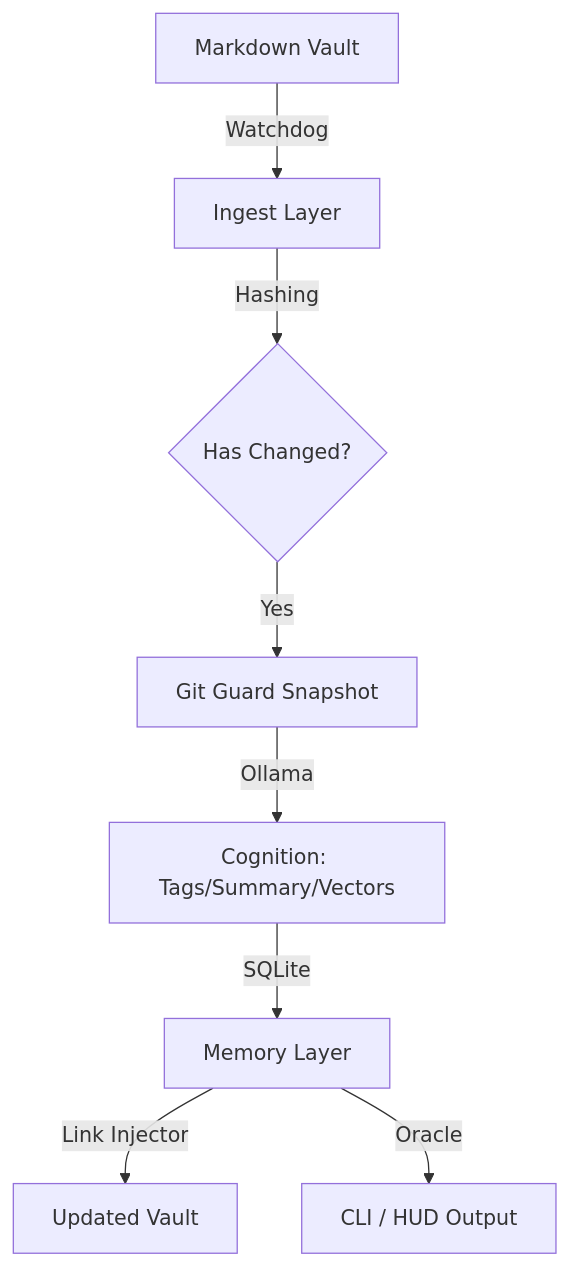
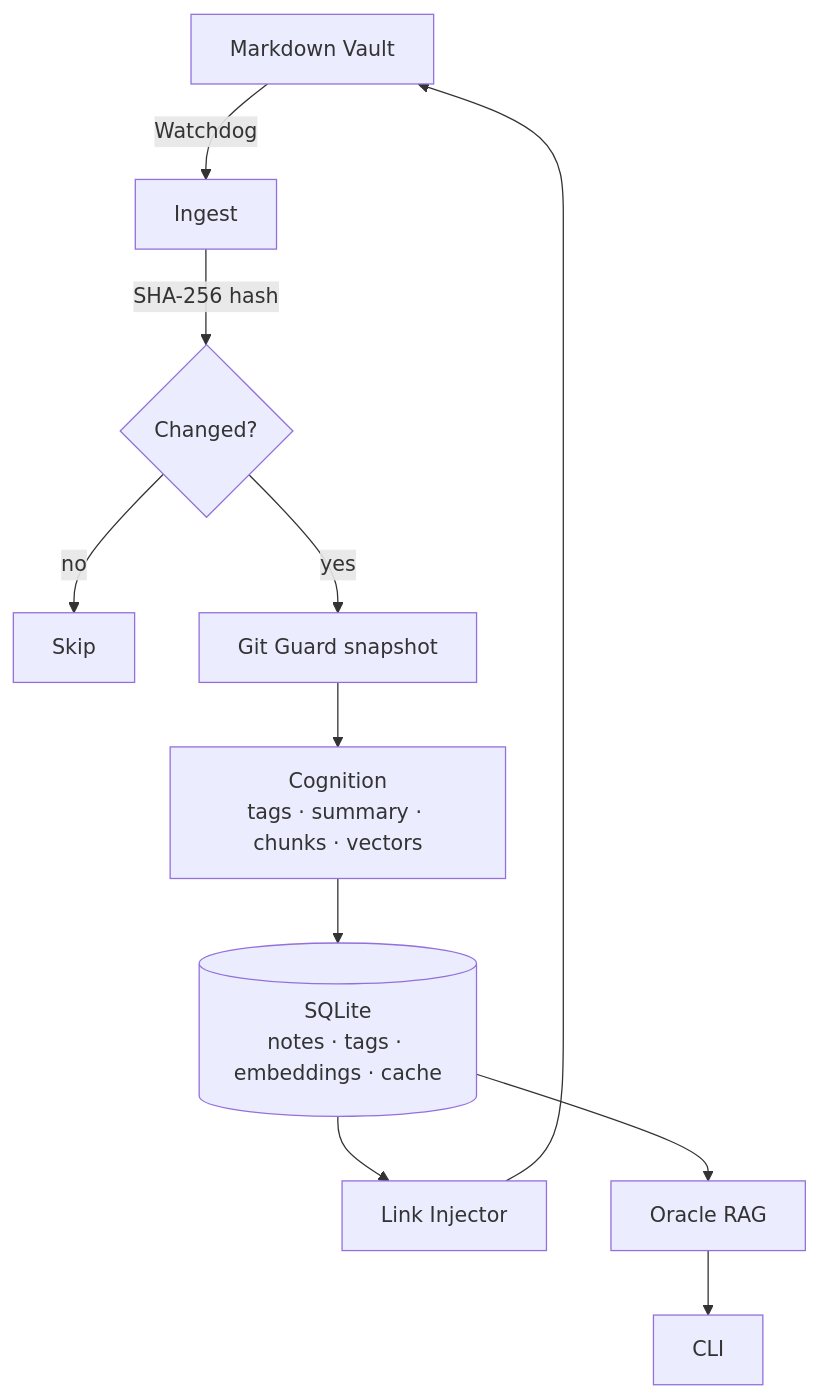
The diagram in README.md (kahz12/Grimore-MD), drawn with Mermaid before and after one commit. The commit also changed other lines of this file, not shown here.

````diff
--- a/README.md
+++ b/README.md
@@ -65,10 +86,13 @@
 ```mermaid
 graph TD
-    A[Markdown Vault] -->|Watchdog| B[Ingest Layer]
-    B -->|Hashing| C{Has Changed?}
-    C -->|Yes| D[Git Guard Snapshot]
-    D -->|Ollama| E[Cognition: Tags/Summary/Vectors]
-    E -->|SQLite| F[Memory Layer]
-    F -->|Link Injector| G[Updated Vault]
-    F -->|Oracle| H[CLI / HUD Output]
+    A[Markdown Vault] -->|Watchdog| B[Ingest]
+    B -->|SHA-256 hash| C{Changed?}
+    C -->|no| Z[Skip]
+    C -->|yes| D[Git Guard snapshot]
+    D --> E[Cognition<br/>tags · summary · chunks · vectors]
+    E --> F[(SQLite<br/>notes · tags · embeddings · cache)]
+    F --> G[Link Injector]
+    G --> A
+    F --> H[Oracle RAG]
+    H --> I[CLI]
 ```
````
